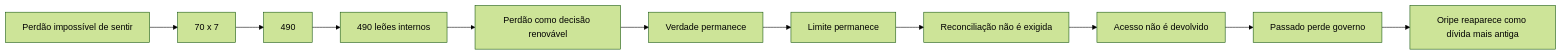
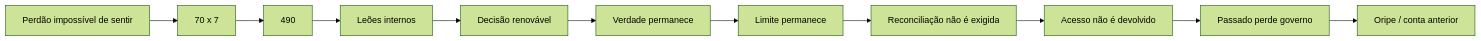
The second of 6 diagrams in 01_MORTE_EM_VIDA/MAPA_VISUAL_PARTE_IV_ATUAL.md (Sollimastudio/trilogia-sol-lima), drawn with Mermaid (forest theme) before and after one commit. The commit also changed other lines of this file, not shown here.

````diff
--- a/01_MORTE_EM_VIDA/MAPA_VISUAL_PARTE_IV_ATUAL.md
+++ b/01_MORTE_EM_VIDA/MAPA_VISUAL_PARTE_IV_ATUAL.md
@@ -18,13 +17,13 @@
 ```mermaid
 flowchart LR
 A[Perdão impossível de sentir] --> B[70 x 7]
 B --> C[490]
-C --> D[490 leões internos]
-D --> E[Perdão como decisão renovável]
+C --> D[Leões internos]
+D --> E[Decisão renovável]
 E --> F[Verdade permanece]
 F --> G[Limite permanece]
 G --> H[Reconciliação não é exigida]
 H --> I[Acesso não é devolvido]
 I --> J[Passado perde governo]
-J --> K[Oripe reaparece como dívida mais antiga]
+J --> K[Oripe / conta anterior]
 ```
````
